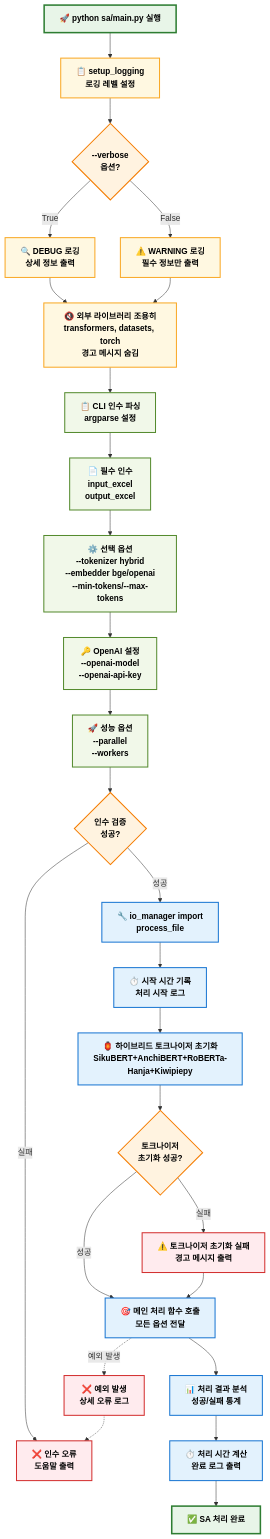
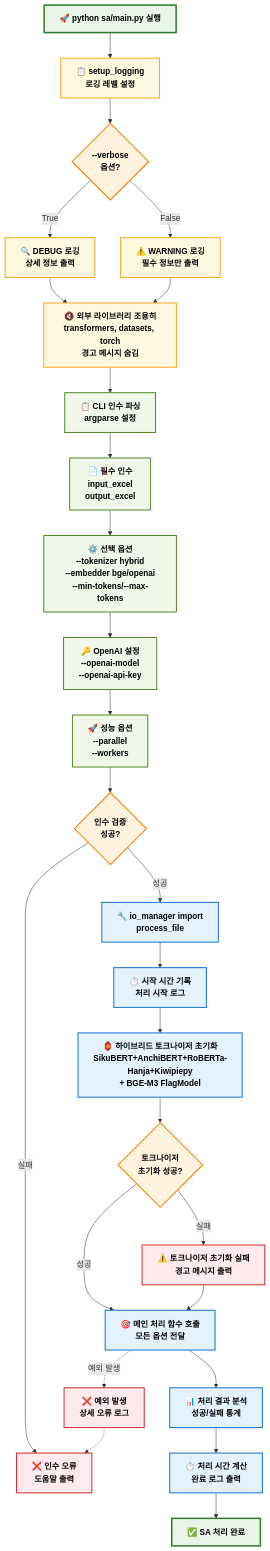
Before and after one commit to hw725/CSP: the second of 8 diagrams in etc/SA_디렉토리_플로우차트.md, drawn with Mermaid. The commit also changed other lines of this file and 439 other files, not shown here.

````diff
--- a/etc/SA_디렉토리_플로우차트.md
+++ b/etc/SA_디렉토리_플로우차트.md
@@ -69,78 +70,78 @@
 ```mermaid
 flowchart TD
     %% 스타일 정의
     classDef startEnd fill:#e8f5e8,stroke:#2e7d32,stroke-width:3px,color:#000,font-weight:bold
     classDef process fill:#e3f2fd,stroke:#1976d2,stroke-width:2px,color:#000,font-weight:bold
     classDef decision fill:#fff3e0,stroke:#f57c00,stroke-width:2px,color:#000,font-weight:bold
     classDef cli fill:#f1f8e9,stroke:#558b2f,stroke-width:2px,color:#000,font-weight:bold
     classDef logging fill:#fff8e1,stroke:#f9a825,stroke-width:2px,color:#000,font-weight:bold
     classDef error fill:#ffebee,stroke:#d32f2f,stroke-width:2px,color:#000,font-weight:bold
     
     A[🚀 python sa/main.py 실행]:::startEnd
     
     %% 로깅 설정
     B[📋 setup_logging<br/>로깅 레벨 설정]:::logging
     C{--verbose<br/>옵션?}:::decision
     D[🔍 DEBUG 로깅<br/>상세 정보 출력]:::logging
     E[⚠️ WARNING 로깅<br/>필수 정보만 출력]:::logging
     
     %% 외부 라이브러리 조용히 설정
     F[🔇 외부 라이브러리 조용히<br/>transformers, datasets, torch<br/>경고 메시지 숨김]:::logging
     
     %% CLI 인수 파싱
     G[📋 CLI 인수 파싱<br/>argparse 설정]:::cli
     H[📄 필수 인수<br/>input_excel<br/>output_excel]:::cli
     I[⚙️ 선택 옵션<br/>--tokenizer hybrid<br/>--embedder bge/openai<br/>--min-tokens/--max-tokens]:::cli
     J[🔑 OpenAI 설정<br/>--openai-model<br/>--openai-api-key]:::cli
     K[🚀 성능 옵션<br/>--parallel<br/>--workers]:::cli
     
     %% 검증 및 실행
     L{인수 검증<br/>성공?}:::decision
     M[❌ 인수 오류<br/>도움말 출력]:::error
     
     %% 메인 처리 호출
     N[🔧 io_manager import<br/>process_file]:::process
     O[⏱️ 시작 시간 기록<br/>처리 시작 로그]:::process
     
     %% 🆕 하이브리드 토크나이저 초기화  
-    HT[🏮 하이브리드 토크나이저 초기화<br/>SikuBERT+AnchiBERT+RoBERTa-Hanja+Kiwipiepy]:::process
+    HT[🏮 하이브리드 토크나이저 초기화<br/>SikuBERT+AnchiBERT+RoBERTa-Hanja+Kiwipiepy<br/>+ BGE-M3 FlagModel]:::process
     HT2{토크나이저<br/>초기화 성공?}:::decision
     HT3[⚠️ 토크나이저 초기화 실패<br/>경고 메시지 출력]:::error
     
     P[🎯 메인 처리 함수 호출<br/>모든 옵션 전달]:::process
     
     %% 결과 처리
     Q[📊 처리 결과 분석<br/>성공/실패 통계]:::process
     R[⏱️ 처리 시간 계산<br/>완료 로그 출력]:::process
     S[✅ SA 처리 완료]:::startEnd
     
     %% 오류 처리
     T[❌ 예외 발생<br/>상세 오류 로그]:::error
     
     A --> B
     B --> C
     C -->|True| D
     C -->|False| E
     D --> F
     E --> F
     F --> G
     G --> H
     H --> I
     I --> J
     J --> K
     K --> L
     L -->|실패| M
     L -->|성공| N
     N --> O
     O --> HT
     HT --> HT2
     HT2 -->|실패| HT3
     HT2 -->|성공| P
     HT3 --> P
     P --> Q
     Q --> R
     R --> S
     
     P -.->|예외 발생| T
     T -.-> M
 ```
````
